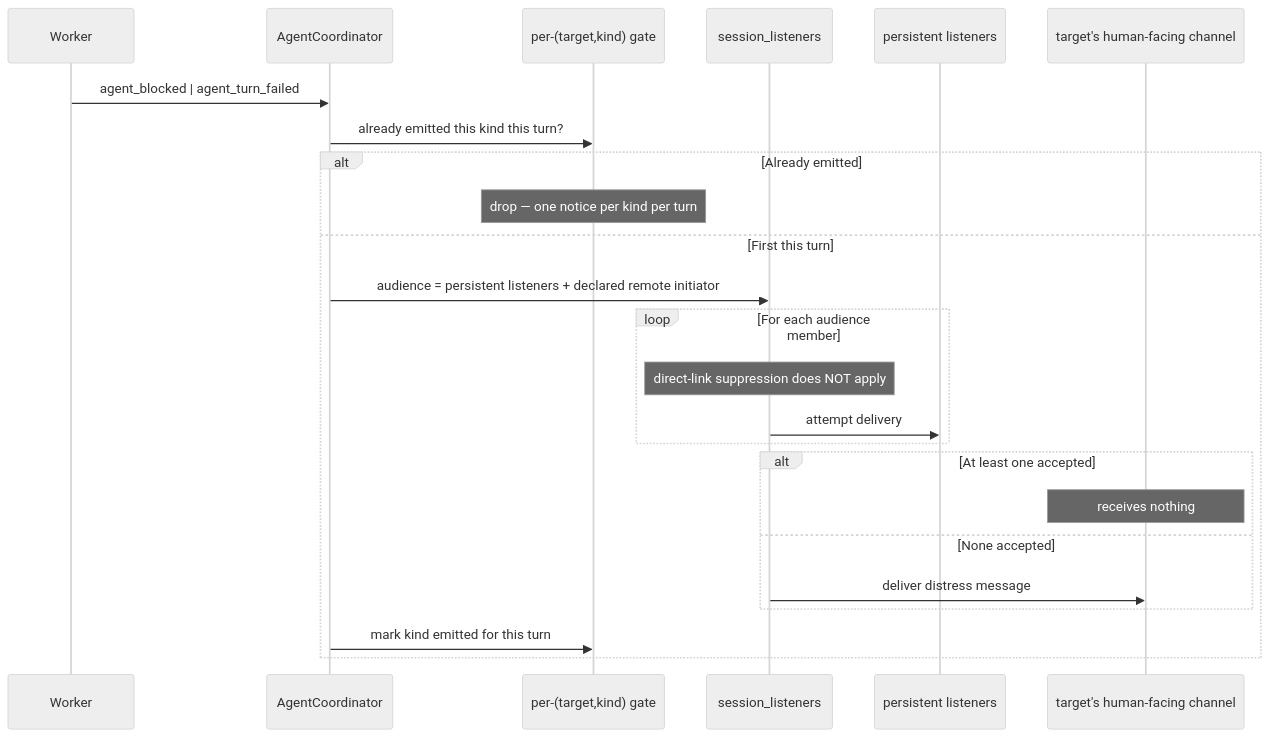
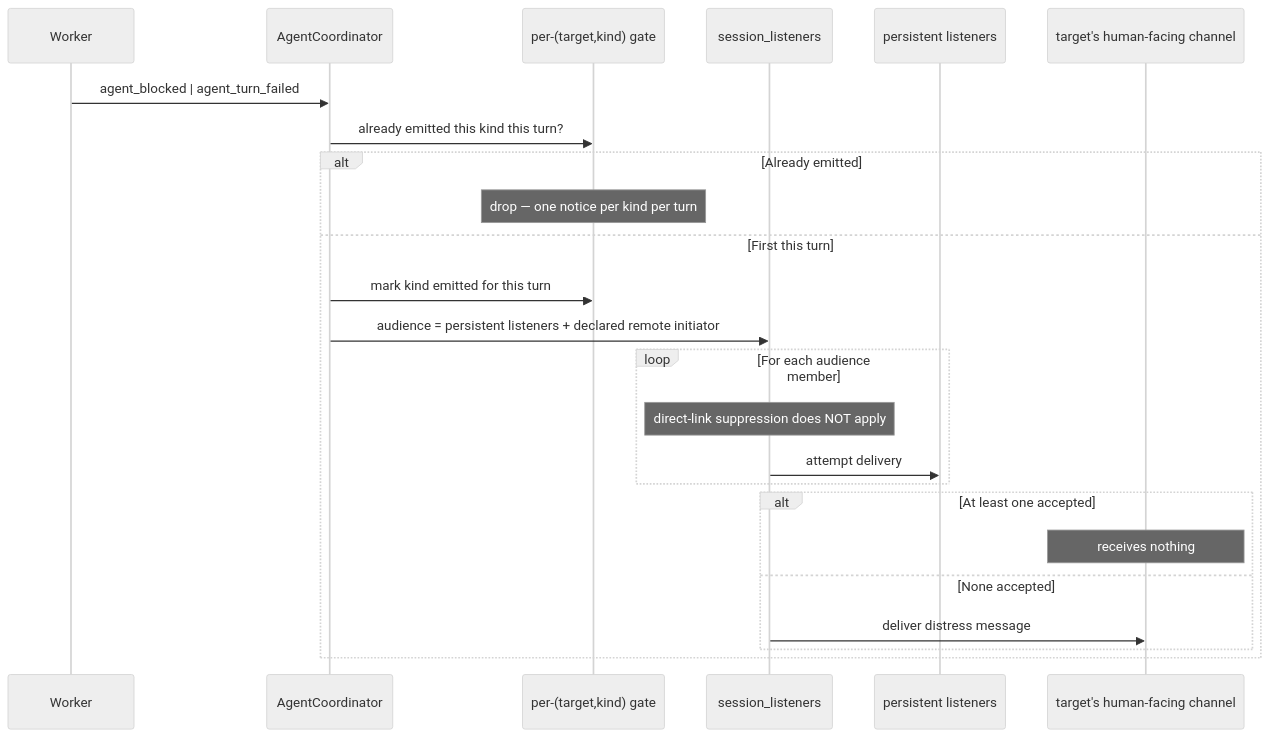
One commit to InstruktAI/TeleClaude changed the fifth of 5 diagrams in docs/project/design/architecture/session-listeners.md. Above: the diagram before and after it, drawn with Mermaid (neutral theme). The commit also changed other lines of this file, not shown here.

First line of the commit message:
docs(session-listeners): mark the distress gate before delivery in the fan-out flow

````diff
--- a/docs/project/design/architecture/session-listeners.md
+++ b/docs/project/design/architecture/session-listeners.md
@@ -244,27 +242,27 @@
 ```mermaid
 sequenceDiagram
     participant Worker
     participant Coord as AgentCoordinator
     participant Gate as per-(target,kind) gate
     participant Registry as session_listeners
     participant Caller as persistent listeners
     participant Channel as target's human-facing channel
 
     Worker->>Coord: agent_blocked | agent_turn_failed
     Coord->>Gate: already emitted this kind this turn?
     alt Already emitted
         Note over Gate: drop — one notice per kind per turn
     else First this turn
+        Coord->>Gate: mark kind emitted for this turn
         Coord->>Registry: audience = persistent listeners + declared remote initiator
         loop For each audience member
             Note over Registry: direct-link suppression does NOT apply
             Registry->>Caller: attempt delivery
         end
         alt At least one accepted
             Note over Channel: receives nothing
         else None accepted
             Registry->>Channel: deliver distress message
         end
-        Coord->>Gate: mark kind emitted for this turn
     end
 ```
````
